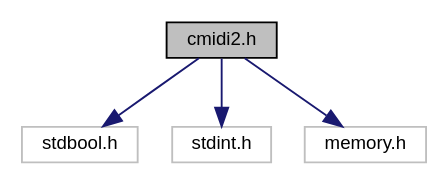
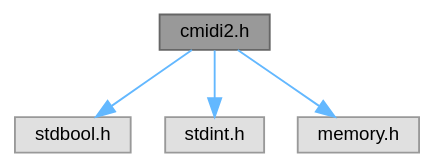
Before and after one commit to atsushieno/cmidi2: the diagram in cmidi2_8h__incl.dot, drawn with Graphviz. The commit also changed 193 other files, not shown here.

```diff
--- a/cmidi2_8h__incl.dot
+++ b/cmidi2_8h__incl.dot
@@ -1,13 +1,14 @@
 digraph "cmidi2.h"
 {
  // LATEX_PDF_SIZE
-  edge [fontname="Helvetica",fontsize="10",labelfontname="Helvetica",labelfontsize="10"];
-  node [fontname="Helvetica",fontsize="10",shape=record];
-  Node1 [label="cmidi2.h",height=0.2,width=0.4,color="black", fillcolor="grey75", style="filled", fontcolor="black",tooltip=" "];
-  Node1 -> Node2 [color="midnightblue",fontsize="10",style="solid",fontname="Helvetica"];
-  Node2 [label="stdbool.h",height=0.2,width=0.4,color="grey75", fillcolor="white", style="filled",tooltip=" "];
-  Node1 -> Node3 [color="midnightblue",fontsize="10",style="solid",fontname="Helvetica"];
-  Node3 [label="stdint.h",height=0.2,width=0.4,color="grey75", fillcolor="white", style="filled",tooltip=" "];
-  Node1 -> Node4 [color="midnightblue",fontsize="10",style="solid",fontname="Helvetica"];
-  Node4 [label="memory.h",height=0.2,width=0.4,color="grey75", fillcolor="white", style="filled",tooltip=" "];
+  bgcolor="transparent";
+  edge [fontname=Helvetica,fontsize=10,labelfontname=Helvetica,labelfontsize=10];
+  node [fontname=Helvetica,fontsize=10,shape=box,height=0.2,width=0.4];
+  Node1 [id="Node000001",label="cmidi2.h",height=0.2,width=0.4,color="gray40", fillcolor="grey60", style="filled", fontcolor="black",tooltip=" "];
+  Node1 -> Node2 [id="edge1_Node000001_Node000002",color="steelblue1",style="solid",tooltip=" "];
+  Node2 [id="Node000002",label="stdbool.h",height=0.2,width=0.4,color="grey60", fillcolor="#E0E0E0", style="filled",tooltip=" "];
+  Node1 -> Node3 [id="edge2_Node000001_Node000003",color="steelblue1",style="solid",tooltip=" "];
+  Node3 [id="Node000003",label="stdint.h",height=0.2,width=0.4,color="grey60", fillcolor="#E0E0E0", style="filled",tooltip=" "];
+  Node1 -> Node4 [id="edge3_Node000001_Node000004",color="steelblue1",style="solid",tooltip=" "];
+  Node4 [id="Node000004",label="memory.h",height=0.2,width=0.4,color="grey60", fillcolor="#E0E0E0", style="filled",tooltip=" "];
 }
```
